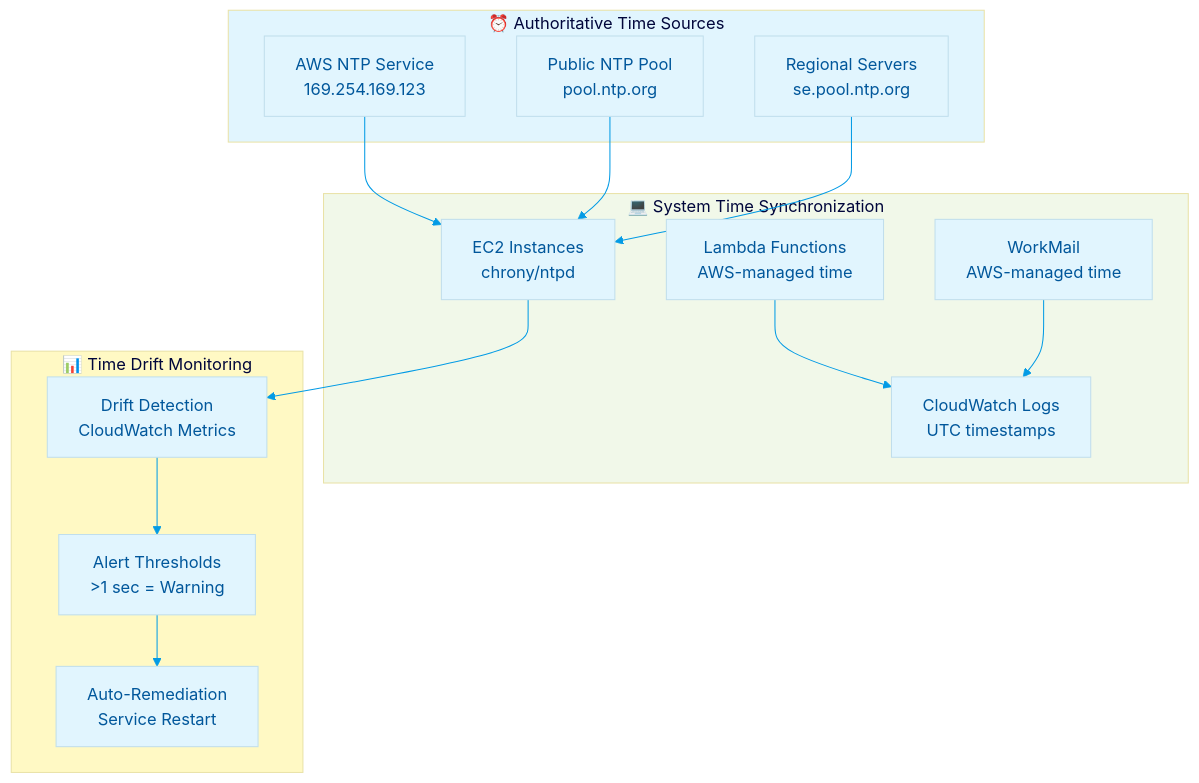
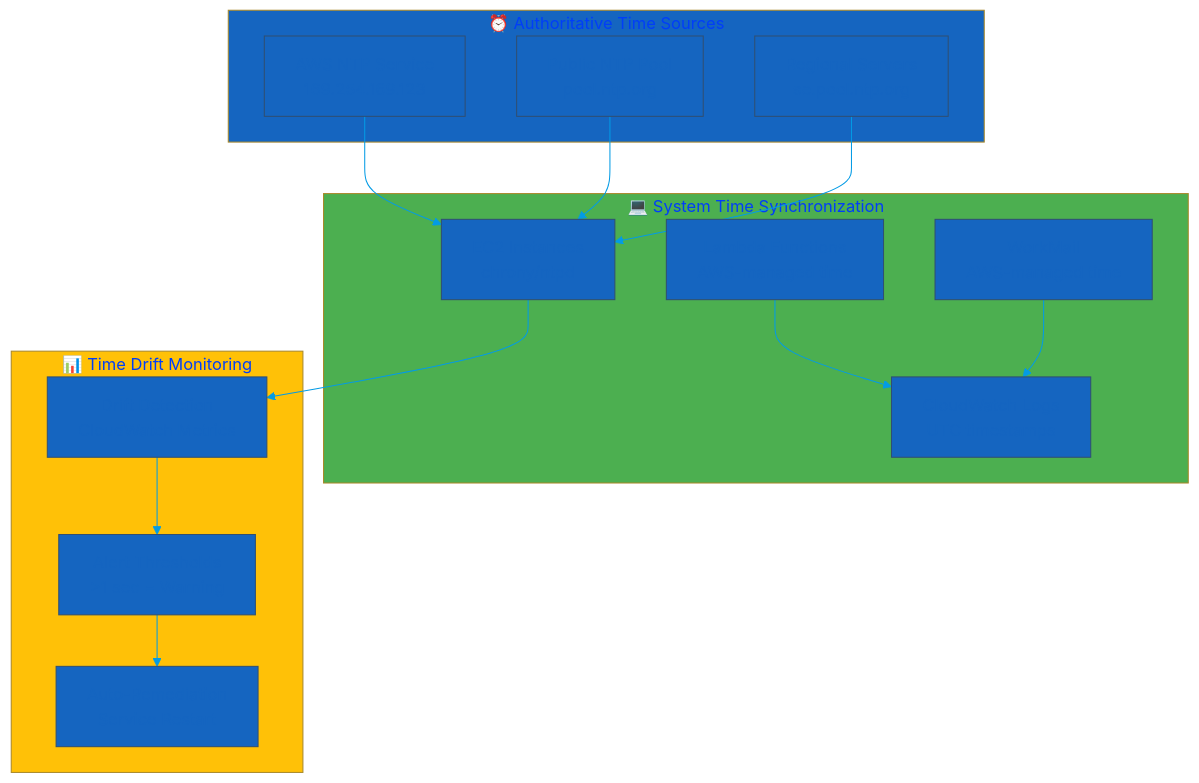
Before and after one commit to Hack23/ISMS-PUBLIC: the seventh of 7 diagrams in Network_Security_Policy.md, drawn with Mermaid. The commit also changed other lines of this file and 35 other files, not shown here.

````diff
--- a/Network_Security_Policy.md
+++ b/Network_Security_Policy.md
@@ -522,48 +522,48 @@
 ```mermaid
 %%{
   init: {
     'theme': 'base',
     'themeVariables': {
-      'primaryColor': '#e1f5fe',
-      'primaryTextColor': '#01579b',
+      'primaryColor': '#1565C0',
+      'primaryTextColor': '#1565C0',
       'lineColor': '#039be5',
-      'secondaryColor': '#f1f8e9',
-      'tertiaryColor': '#fff9c4'
+      'secondaryColor': '#4CAF50',
+      'tertiaryColor': '#FFC107'
     }
   }
 }%%
 flowchart TD
     subgraph TIME_SOURCE["⏰ Authoritative Time Sources"]
         AWS_NTP[AWS NTP Service<br/>169.254.169.123]
         PUBLIC_NTP[Public NTP Pool<br/>pool.ntp.org]
         REGIONAL[Regional Servers<br/>se.pool.ntp.org]
     end
     
     subgraph SYSTEMS["💻 System Time Synchronization"]
         EC2[EC2 Instances<br/>chrony/ntpd]
         LAMBDA[Lambda Functions<br/>AWS-managed time]
         WORKMAIL[WorkMail<br/>AWS-managed time]
         LOGS[CloudWatch Logs<br/>UTC timestamps]
     end
     
     subgraph MONITORING["📊 Time Drift Monitoring"]
         DRIFT_DETECT[Drift Detection<br/>CloudWatch Metrics]
         ALERTS[Alert Thresholds<br/>>1 sec = Warning]
         REMEDIATION[Auto-Remediation<br/>Service Restart]
     end
     
     AWS_NTP --> EC2
     PUBLIC_NTP --> EC2
     REGIONAL --> EC2
     
     EC2 --> DRIFT_DETECT
     LAMBDA --> LOGS
     WORKMAIL --> LOGS
     
     DRIFT_DETECT --> ALERTS
     ALERTS --> REMEDIATION
     
-    style TIME_SOURCE fill:#e1f5fe
-    style SYSTEMS fill:#f1f8e9
-    style MONITORING fill:#fff9c4
+    style TIME_SOURCE fill:#1565C0
+    style SYSTEMS fill:#4CAF50
+    style MONITORING fill:#FFC107
 ```
````
